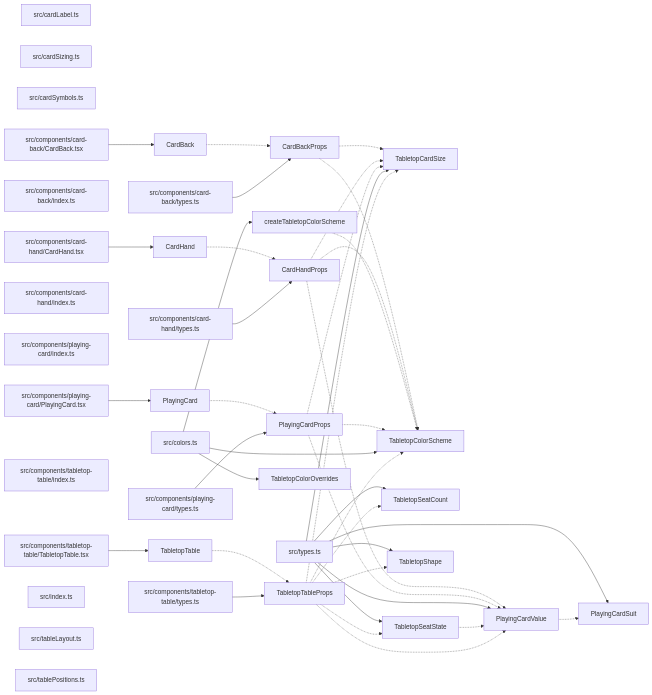
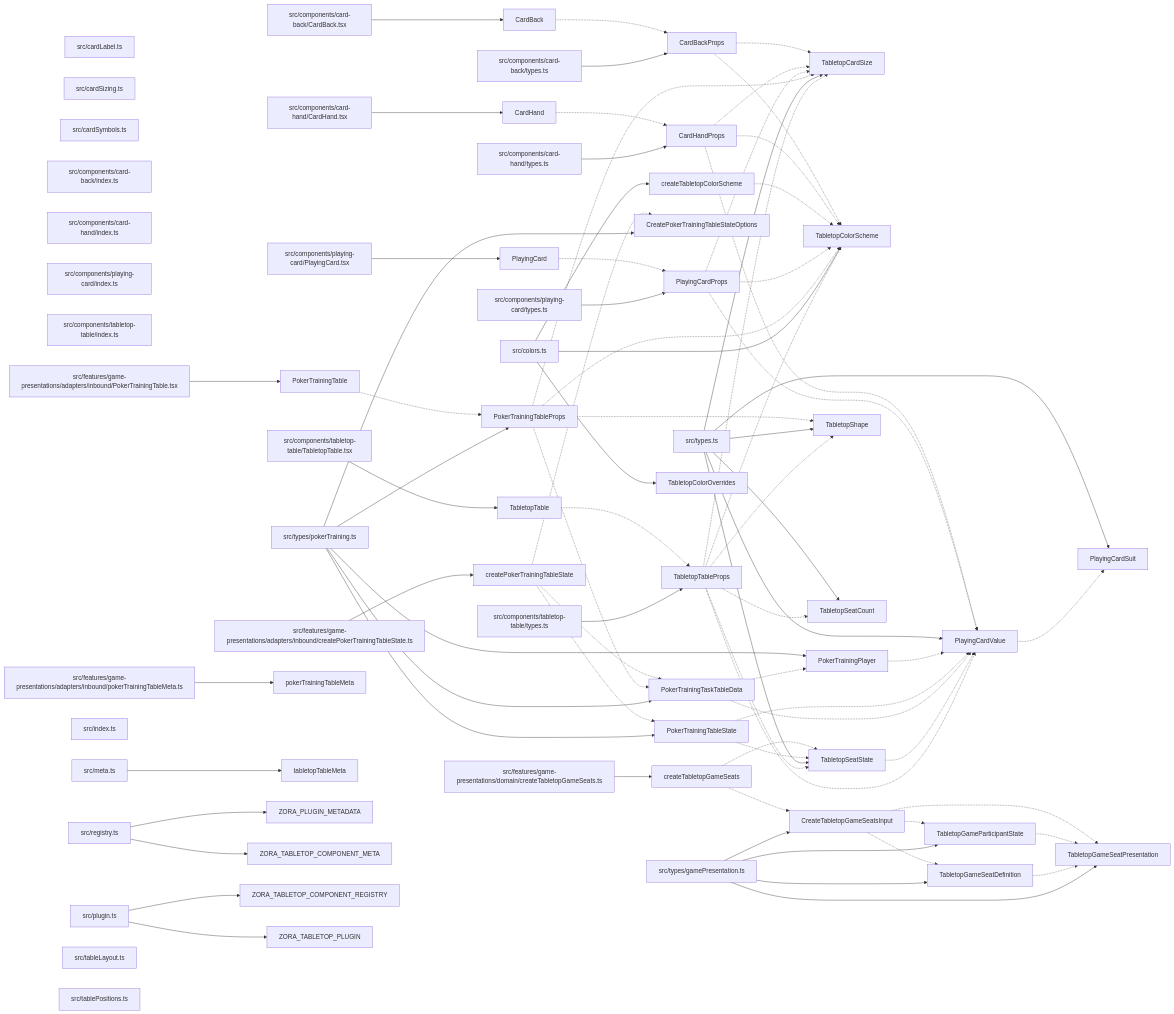
Before and after one commit to ankhorage/zora-tabletop: the diagram in paradox/diagrams/export-graph.mmd, drawn with Mermaid. The commit also changed 23 other files, not shown here.

Commit message:
feat: add generic poker training table mapper (#62)

```diff
--- a/paradox/diagrams/export-graph.mmd
+++ b/paradox/diagrams/export-graph.mmd
@@ -1,76 +1,141 @@
 graph LR
   module_src_cardLabel_ts["src/cardLabel.ts"]
   module_src_cardSizing_ts["src/cardSizing.ts"]
   module_src_cardSymbols_ts["src/cardSymbols.ts"]
   module_src_colors_ts["src/colors.ts"]
   module_src_components_card_back_CardBack_tsx["src/components/card-back/CardBack.tsx"]
   module_src_components_card_back_index_ts["src/components/card-back/index.ts"]
   module_src_components_card_back_types_ts["src/components/card-back/types.ts"]
   module_src_components_card_hand_CardHand_tsx["src/components/card-hand/CardHand.tsx"]
   module_src_components_card_hand_index_ts["src/components/card-hand/index.ts"]
   module_src_components_card_hand_types_ts["src/components/card-hand/types.ts"]
   module_src_components_playing_card_index_ts["src/components/playing-card/index.ts"]
   module_src_components_playing_card_PlayingCard_tsx["src/components/playing-card/PlayingCard.tsx"]
   module_src_components_playing_card_types_ts["src/components/playing-card/types.ts"]
   module_src_components_tabletop_table_index_ts["src/components/tabletop-table/index.ts"]
   module_src_components_tabletop_table_TabletopTable_tsx["src/components/tabletop-table/TabletopTable.tsx"]
   module_src_components_tabletop_table_types_ts["src/components/tabletop-table/types.ts"]
+  module_src_features_game_presentations_adapters_inbound_createPokerTrainingTableState_ts["src/features/game-presentations/adapters/inbound/createPokerTrainingTableState.ts"]
+  module_src_features_game_presentations_adapters_inbound_PokerTrainingTable_tsx["src/features/game-presentations/adapters/inbound/PokerTrainingTable.tsx"]
+  module_src_features_game_presentations_adapters_inbound_pokerTrainingTableMeta_ts["src/features/game-presentations/adapters/inbound/pokerTrainingTableMeta.ts"]
+  module_src_features_game_presentations_domain_createTabletopGameSeats_ts["src/features/game-presentations/domain/createTabletopGameSeats.ts"]
   module_src_index_ts["src/index.ts"]
+  module_src_meta_ts["src/meta.ts"]
+  module_src_plugin_ts["src/plugin.ts"]
+  module_src_registry_ts["src/registry.ts"]
   module_src_tableLayout_ts["src/tableLayout.ts"]
   module_src_tablePositions_ts["src/tablePositions.ts"]
   module_src_types_ts["src/types.ts"]
+  module_src_types_gamePresentation_ts["src/types/gamePresentation.ts"]
+  module_src_types_pokerTraining_ts["src/types/pokerTraining.ts"]
   export_CardBack["CardBack"]
   module_src_components_card_back_CardBack_tsx --> export_CardBack
   export_CardBack -.-> export_CardBackProps
   export_CardBackProps["CardBackProps"]
   module_src_components_card_back_types_ts --> export_CardBackProps
   export_CardBackProps -.-> export_TabletopCardSize
   export_CardBackProps -.-> export_TabletopColorScheme
   export_CardHand["CardHand"]
   module_src_components_card_hand_CardHand_tsx --> export_CardHand
   export_CardHand -.-> export_CardHandProps
   export_CardHandProps["CardHandProps"]
   module_src_components_card_hand_types_ts --> export_CardHandProps
   export_CardHandProps -.-> export_PlayingCardValue
   export_CardHandProps -.-> export_TabletopCardSize
   export_CardHandProps -.-> export_TabletopColorScheme
+  export_createPokerTrainingTableState["createPokerTrainingTableState"]
+  module_src_features_game_presentations_adapters_inbound_createPokerTrainingTableState_ts --> export_createPokerTrainingTableState
+  export_createPokerTrainingTableState -.-> export_CreatePokerTrainingTableStateOptions
+  export_createPokerTrainingTableState -.-> export_PokerTrainingTableState
+  export_createPokerTrainingTableState -.-> export_PokerTrainingTaskTableData
+  export_CreatePokerTrainingTableStateOptions["CreatePokerTrainingTableStateOptions"]
+  module_src_types_pokerTraining_ts --> export_CreatePokerTrainingTableStateOptions
   export_createTabletopColorScheme["createTabletopColorScheme"]
   module_src_colors_ts --> export_createTabletopColorScheme
   export_createTabletopColorScheme -.-> export_TabletopColorScheme
+  export_createTabletopGameSeats["createTabletopGameSeats"]
+  module_src_features_game_presentations_domain_createTabletopGameSeats_ts --> export_createTabletopGameSeats
+  export_createTabletopGameSeats -.-> export_CreateTabletopGameSeatsInput
+  export_createTabletopGameSeats -.-> export_TabletopSeatState
+  export_CreateTabletopGameSeatsInput["CreateTabletopGameSeatsInput"]
+  module_src_types_gamePresentation_ts --> export_CreateTabletopGameSeatsInput
+  export_CreateTabletopGameSeatsInput -.-> export_TabletopGameParticipantState
+  export_CreateTabletopGameSeatsInput -.-> export_TabletopGameSeatDefinition
+  export_CreateTabletopGameSeatsInput -.-> export_TabletopGameSeatPresentation
   export_PlayingCard["PlayingCard"]
   module_src_components_playing_card_PlayingCard_tsx --> export_PlayingCard
   export_PlayingCard -.-> export_PlayingCardProps
   export_PlayingCardProps["PlayingCardProps"]
   module_src_components_playing_card_types_ts --> export_PlayingCardProps
   export_PlayingCardProps -.-> export_PlayingCardValue
   export_PlayingCardProps -.-> export_TabletopCardSize
   export_PlayingCardProps -.-> export_TabletopColorScheme
   export_PlayingCardSuit["PlayingCardSuit"]
   module_src_types_ts --> export_PlayingCardSuit
   export_PlayingCardValue["PlayingCardValue"]
   module_src_types_ts --> export_PlayingCardValue
   export_PlayingCardValue -.-> export_PlayingCardSuit
+  export_PokerTrainingPlayer["PokerTrainingPlayer"]
+  module_src_types_pokerTraining_ts --> export_PokerTrainingPlayer
+  export_PokerTrainingPlayer -.-> export_PlayingCardValue
+  export_PokerTrainingTable["PokerTrainingTable"]
+  module_src_features_game_presentations_adapters_inbound_PokerTrainingTable_tsx --> export_PokerTrainingTable
+  export_PokerTrainingTable -.-> export_PokerTrainingTableProps
+  export_pokerTrainingTableMeta["pokerTrainingTableMeta"]
+  module_src_features_game_presentations_adapters_inbound_pokerTrainingTableMeta_ts --> export_pokerTrainingTableMeta
+  export_PokerTrainingTableProps["PokerTrainingTableProps"]
+  module_src_types_pokerTraining_ts --> export_PokerTrainingTableProps
+  export_PokerTrainingTableProps -.-> export_PokerTrainingTaskTableData
+  export_PokerTrainingTableProps -.-> export_TabletopCardSize
+  export_PokerTrainingTableProps -.-> export_TabletopColorScheme
+  export_PokerTrainingTableProps -.-> export_TabletopShape
+  export_PokerTrainingTableState["PokerTrainingTableState"]
+  module_src_types_pokerTraining_ts --> export_PokerTrainingTableState
+  export_PokerTrainingTableState -.-> export_PlayingCardValue
+  export_PokerTrainingTableState -.-> export_TabletopSeatState
+  export_PokerTrainingTaskTableData["PokerTrainingTaskTableData"]
+  module_src_types_pokerTraining_ts --> export_PokerTrainingTaskTableData
+  export_PokerTrainingTaskTableData -.-> export_PlayingCardValue
+  export_PokerTrainingTaskTableData -.-> export_PokerTrainingPlayer
   export_TabletopCardSize["TabletopCardSize"]
   module_src_types_ts --> export_TabletopCardSize
   export_TabletopColorOverrides["TabletopColorOverrides"]
   module_src_colors_ts --> export_TabletopColorOverrides
   export_TabletopColorScheme["TabletopColorScheme"]
   module_src_colors_ts --> export_TabletopColorScheme
+  export_TabletopGameParticipantState["TabletopGameParticipantState"]
+  module_src_types_gamePresentation_ts --> export_TabletopGameParticipantState
+  export_TabletopGameParticipantState -.-> export_TabletopGameSeatPresentation
+  export_TabletopGameSeatDefinition["TabletopGameSeatDefinition"]
+  module_src_types_gamePresentation_ts --> export_TabletopGameSeatDefinition
+  export_TabletopGameSeatDefinition -.-> export_TabletopGameSeatPresentation
+  export_TabletopGameSeatPresentation["TabletopGameSeatPresentation"]
+  module_src_types_gamePresentation_ts --> export_TabletopGameSeatPresentation
   export_TabletopSeatCount["TabletopSeatCount"]
   module_src_types_ts --> export_TabletopSeatCount
   export_TabletopSeatState["TabletopSeatState"]
   module_src_types_ts --> export_TabletopSeatState
   export_TabletopSeatState -.-> export_PlayingCardValue
   export_TabletopShape["TabletopShape"]
   module_src_types_ts --> export_TabletopShape
   export_TabletopTable["TabletopTable"]
   module_src_components_tabletop_table_TabletopTable_tsx --> export_TabletopTable
   export_TabletopTable -.-> export_TabletopTableProps
+  export_tabletopTableMeta["tabletopTableMeta"]
+  module_src_meta_ts --> export_tabletopTableMeta
   export_TabletopTableProps["TabletopTableProps"]
   module_src_components_tabletop_table_types_ts --> export_TabletopTableProps
   export_TabletopTableProps -.-> export_PlayingCardValue
   export_TabletopTableProps -.-> export_TabletopCardSize
   export_TabletopTableProps -.-> export_TabletopColorScheme
   export_TabletopTableProps -.-> export_TabletopSeatCount
   export_TabletopTableProps -.-> export_TabletopSeatState
   export_TabletopTableProps -.-> export_TabletopShape
+  export_ZORA_PLUGIN_METADATA["ZORA_PLUGIN_METADATA"]
+  module_src_registry_ts --> export_ZORA_PLUGIN_METADATA
+  export_ZORA_TABLETOP_COMPONENT_META["ZORA_TABLETOP_COMPONENT_META"]
+  module_src_registry_ts --> export_ZORA_TABLETOP_COMPONENT_META
+  export_ZORA_TABLETOP_COMPONENT_REGISTRY["ZORA_TABLETOP_COMPONENT_REGISTRY"]
+  module_src_plugin_ts --> export_ZORA_TABLETOP_COMPONENT_REGISTRY
+  export_ZORA_TABLETOP_PLUGIN["ZORA_TABLETOP_PLUGIN"]
+  module_src_plugin_ts --> export_ZORA_TABLETOP_PLUGIN
```
